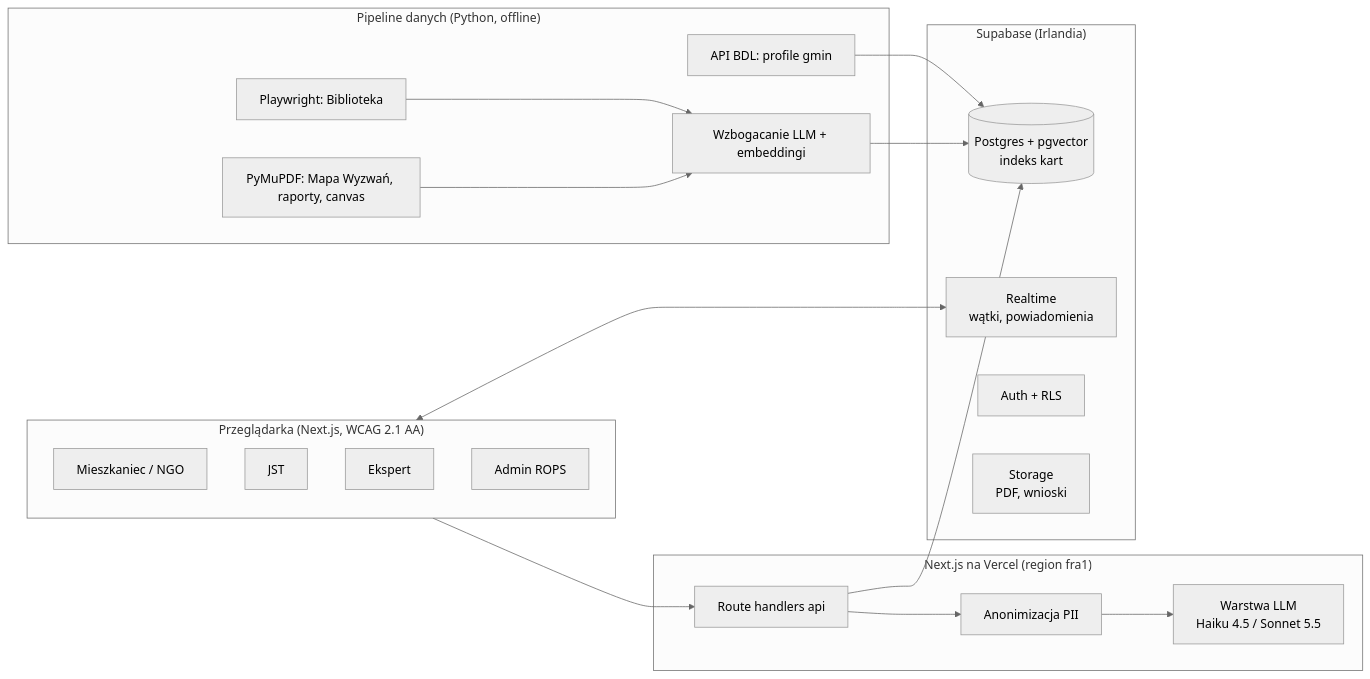
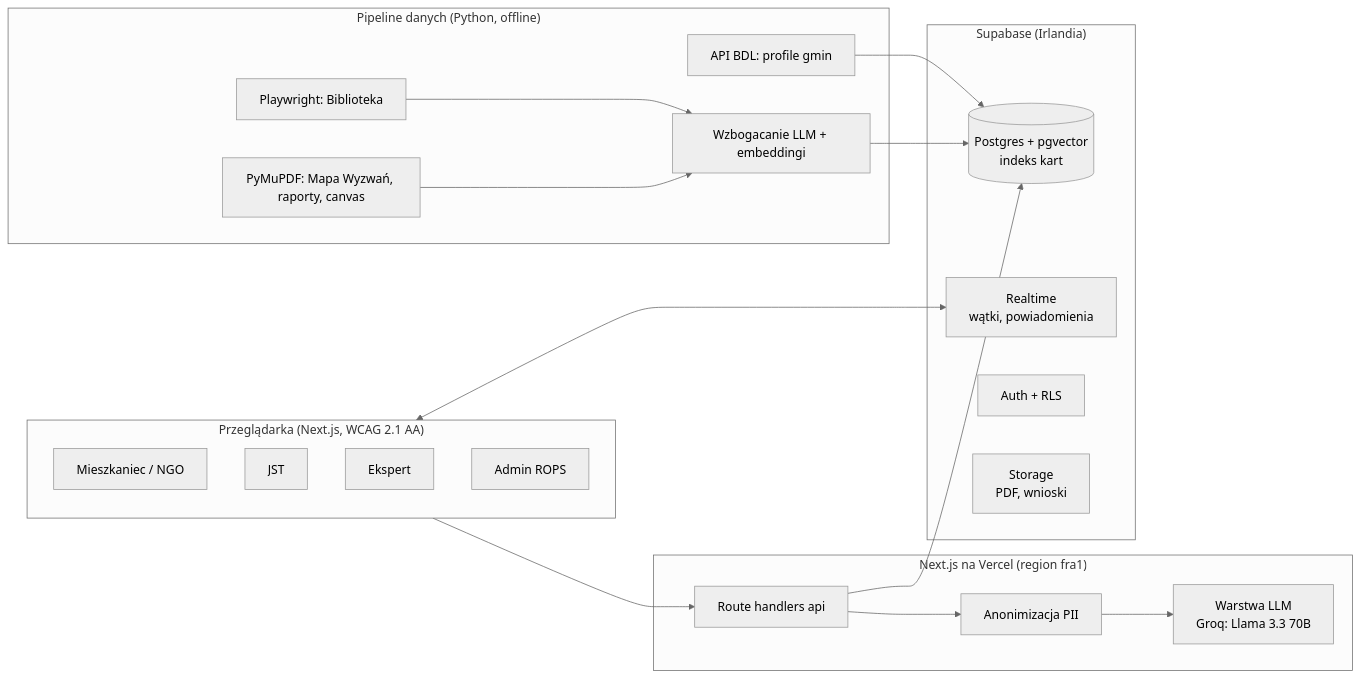
Before and after one commit to JaQubus/Spolecznik: the first of 3 diagrams in README.md, drawn with Mermaid (neutral theme). The commit also changed other lines of this file and 7 other files, not shown here.

First line of the commit message:
Move data pipeline to Groq; README: Groq demo, EU LLM for production

````diff
--- a/README.md
+++ b/README.md
@@ -77,34 +77,34 @@
 ```mermaid
 flowchart LR
   subgraph K["Przeglądarka (Next.js, WCAG 2.1 AA)"]
     U1[Mieszkaniec / NGO]
     U2[JST]
     U3[Ekspert]
     U4[Admin ROPS]
   end
   subgraph A["Next.js na Vercel (region fra1)"]
     API[Route handlers api]
     PII[Anonimizacja PII]
-    LLM[Warstwa LLM<br/>Haiku 4.5 / Sonnet 5.5]
+    LLM[Warstwa LLM<br/>Groq: Llama 3.3 70B]
   end
   subgraph D["Supabase (Irlandia)"]
     PG[(Postgres + pgvector<br/>indeks kart)]
     RT[Realtime<br/>wątki, powiadomienia]
     AU[Auth + RLS]
     ST[Storage<br/>PDF, wnioski]
   end
   subgraph P["Pipeline danych (Python, offline)"]
     SC[Playwright: Biblioteka]
     PD[PyMuPDF: Mapa Wyzwań, raporty, canvas]
     BD[API BDL: profile gmin]
     EN[Wzbogacanie LLM + embeddingi]
   end
   K --> API
   API --> PII --> LLM
   API --> PG
   K <--> RT
   SC --> EN
   PD --> EN
   BD --> PG
   EN --> PG
 ```
````
